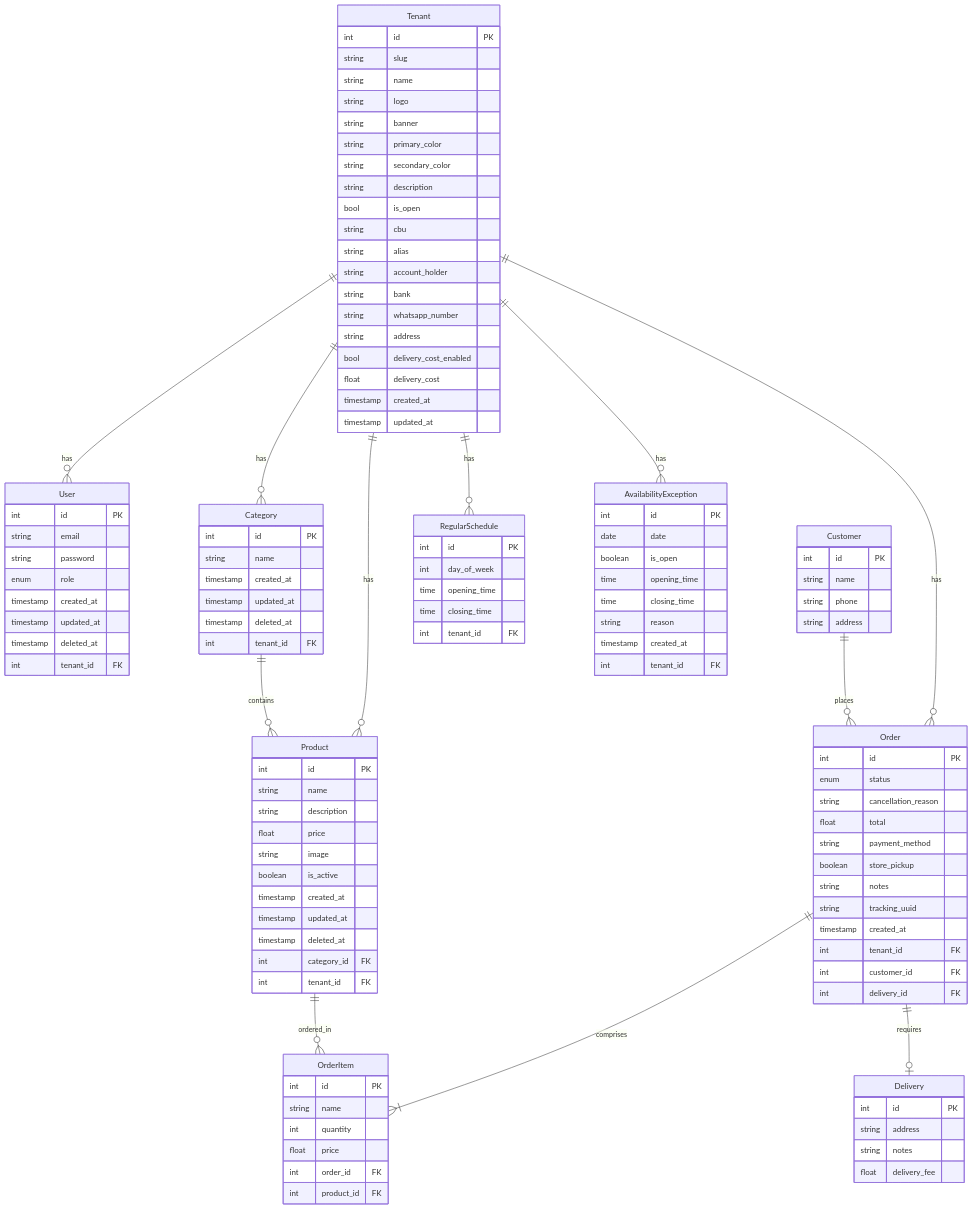
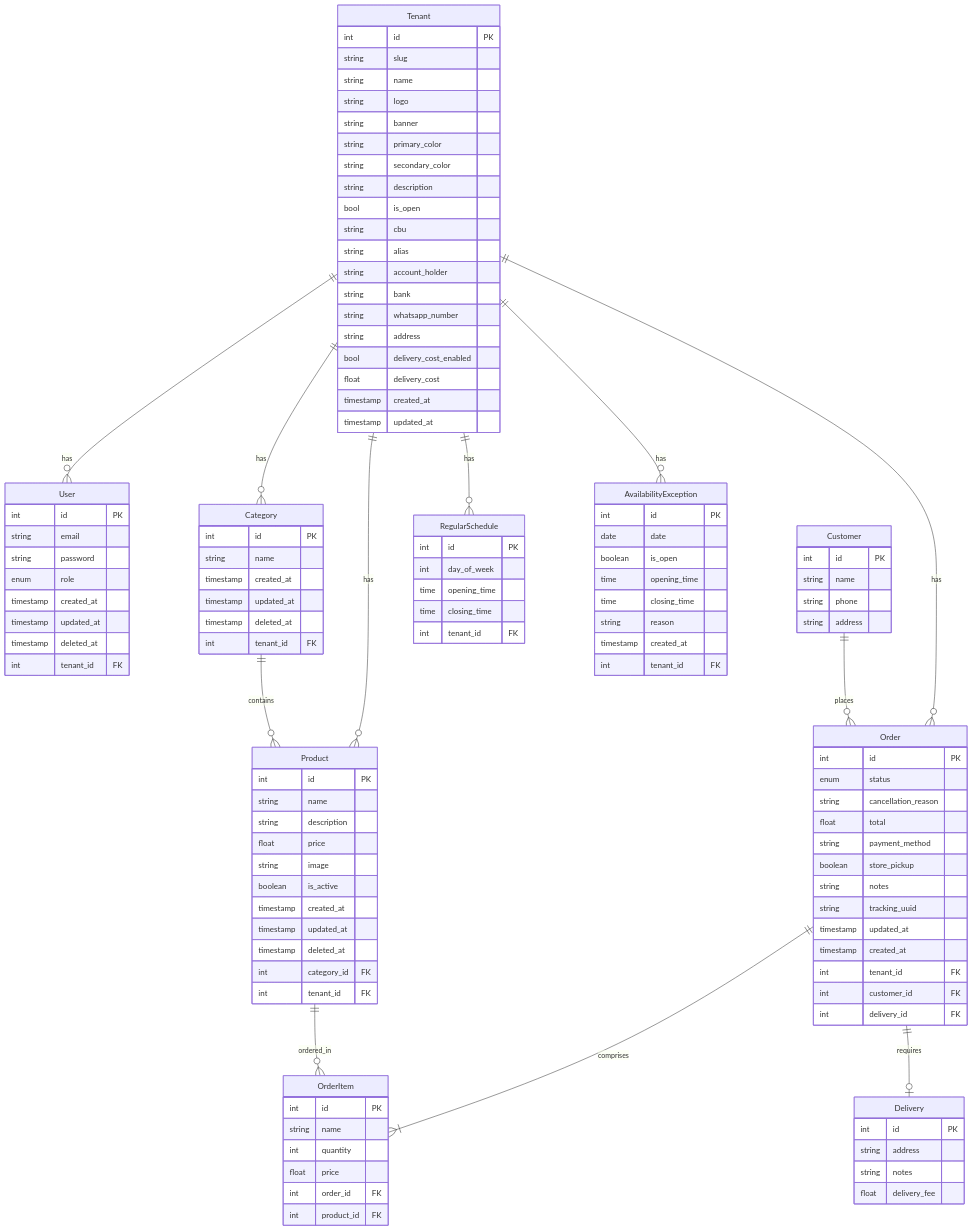
One commit to tomigambino/backend_pedidos_online changed the second of 3 diagrams in documentation/diagrams.md. Above: the diagram before and after it, drawn with Mermaid. The commit also changed 1 other file, not shown here.

Commit message:
Elimina una línea innecesaria en AGENTS.md y agrega el campo 'updated_at' en el diagrama ER de diagrams.md

````diff
--- a/documentation/diagrams.md
+++ b/documentation/diagrams.md
@@ -175,6 +175,5 @@
 ```mermaid
 erDiagram
-
     Tenant {
         int id PK
         string slug
@@ -240,6 +239,7 @@
         boolean store_pickup
         string notes
         string tracking_uuid
+        timestamp updated_at
         timestamp created_at
         int tenant_id FK
         int customer_id FK
````
